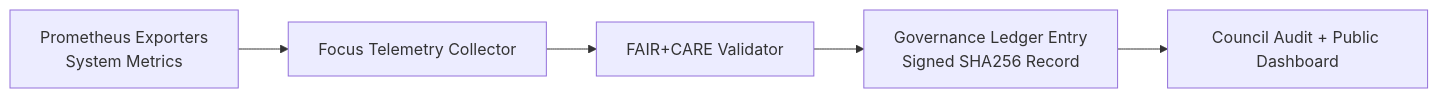
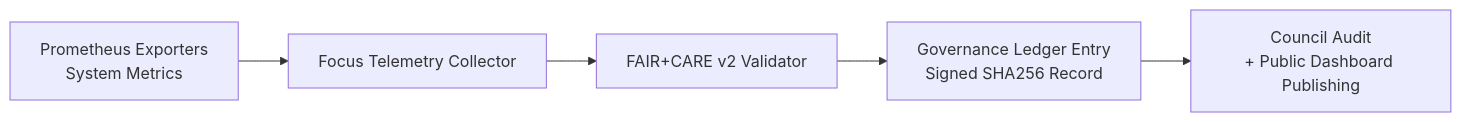
The second of 2 diagrams in docs/guides/telemetry/focus-telemetry-architecture.md (bartytime4life/Kansas-Frontier-Matrix), drawn with Mermaid before and after one commit. The commit also changed other lines of this file, not shown here.

````diff
--- a/docs/guides/telemetry/focus-telemetry-architecture.md
+++ b/docs/guides/telemetry/focus-telemetry-architecture.md
@@ -218,7 +236,7 @@
 ```mermaid
 flowchart LR
 A["Prometheus Exporters<br/>System Metrics"] --> B["Focus Telemetry Collector"]
-B --> C["FAIR+CARE Validator"]
+B --> C["FAIR+CARE v2 Validator"]
 C --> D["Governance Ledger Entry<br/>Signed SHA256 Record"]
-D --> E["Council Audit + Public Dashboard"]
+D --> E["Council Audit<br/>+ Public Dashboard Publishing"]
 ```
````
